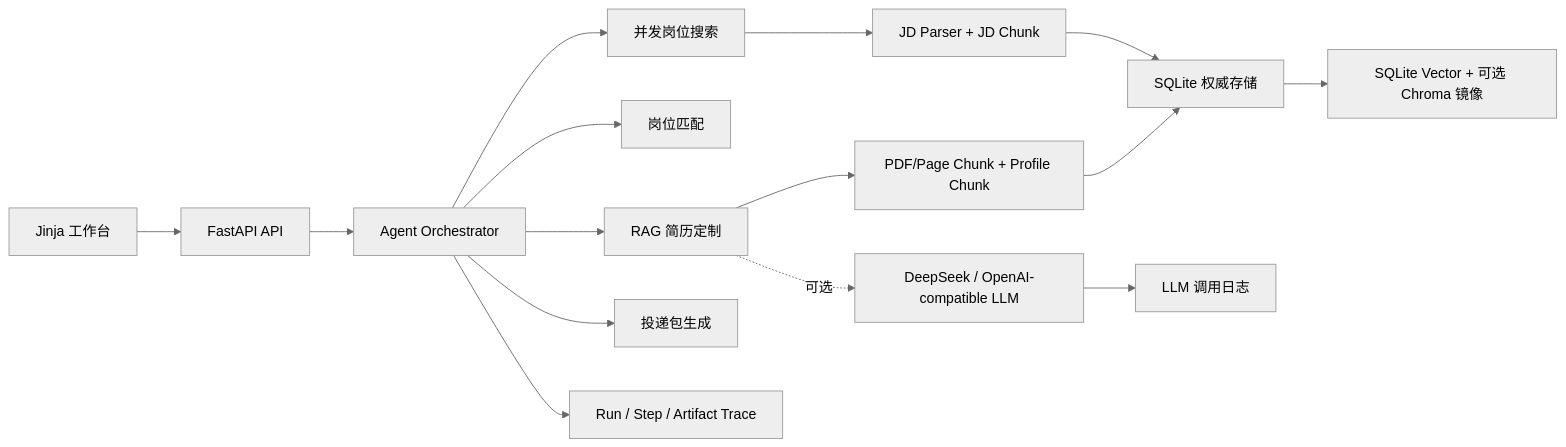
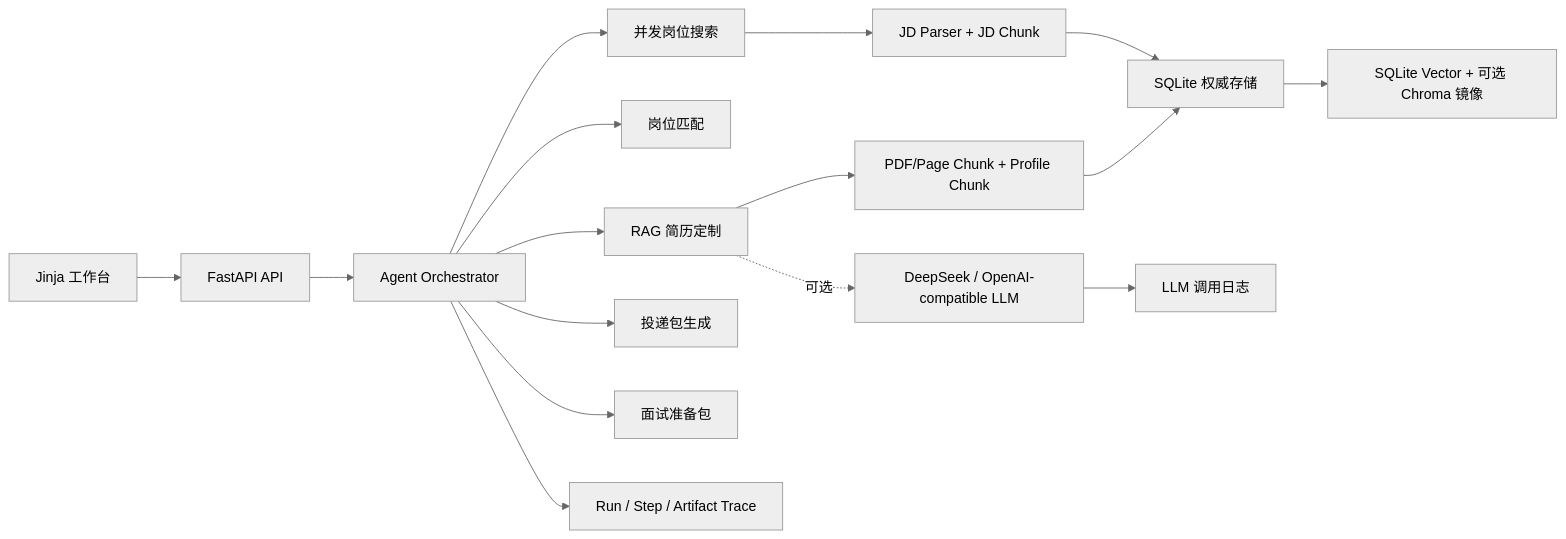
Before and after one commit to Yonhen233/CareerAgent: the diagram in README.md, drawn with Mermaid (neutral theme). The commit also changed other lines of this file and 26 other files, not shown here.

````diff
--- a/README.md
+++ b/README.md
@@ -64,17 +66,18 @@
 ```mermaid
 flowchart LR
     UI["Jinja 工作台"] --> API["FastAPI API"]
     API --> Agent["Agent Orchestrator"]
     Agent --> Search["并发岗位搜索"]
     Agent --> Match["岗位匹配"]
     Agent --> Tailor["RAG 简历定制"]
     Agent --> Apply["投递包生成"]
+    Agent --> Interview["面试准备包"]
     Search --> JD["JD Parser + JD Chunk"]
     Tailor --> Resume["PDF/Page Chunk + Profile Chunk"]
     JD --> SQLite["SQLite 权威存储"]
     Resume --> SQLite
     SQLite --> Vector["SQLite Vector + 可选 Chroma 镜像"]
     Tailor -.可选.-> LLM["DeepSeek / OpenAI-compatible LLM"]
     LLM --> Debug["LLM 调用日志"]
     Agent --> Trace["Run / Step / Artifact Trace"]
 ```
````
